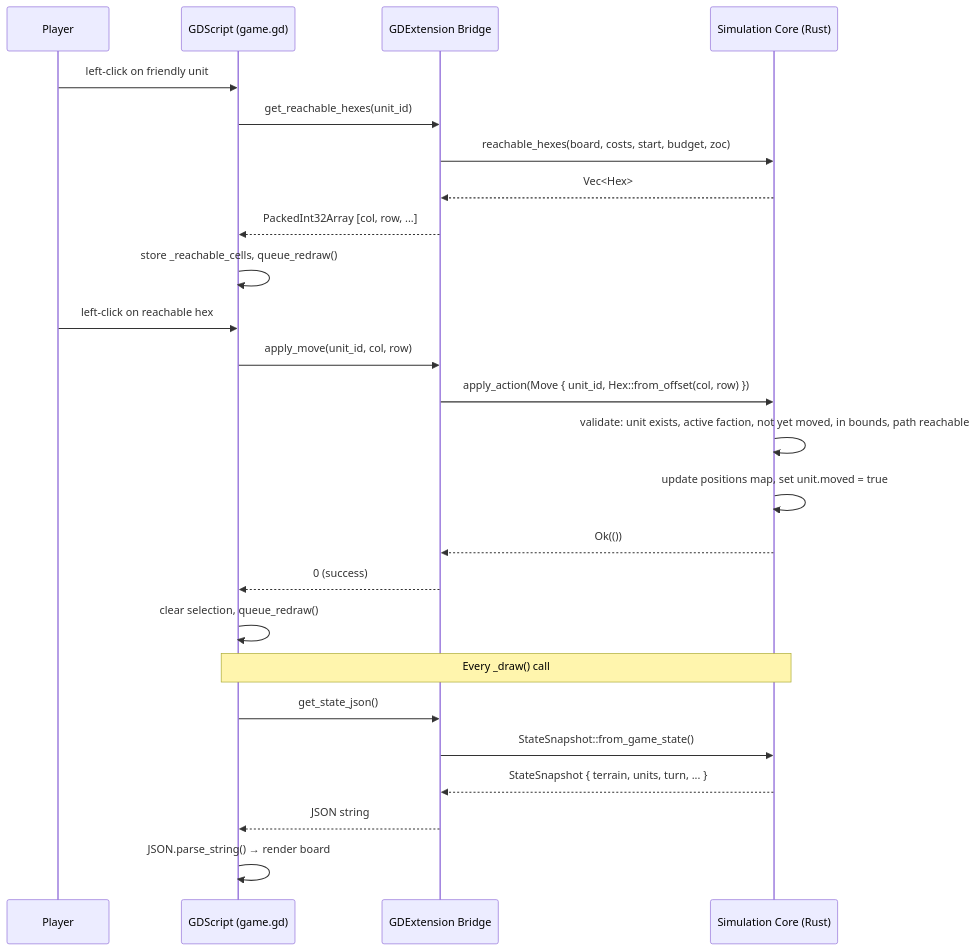
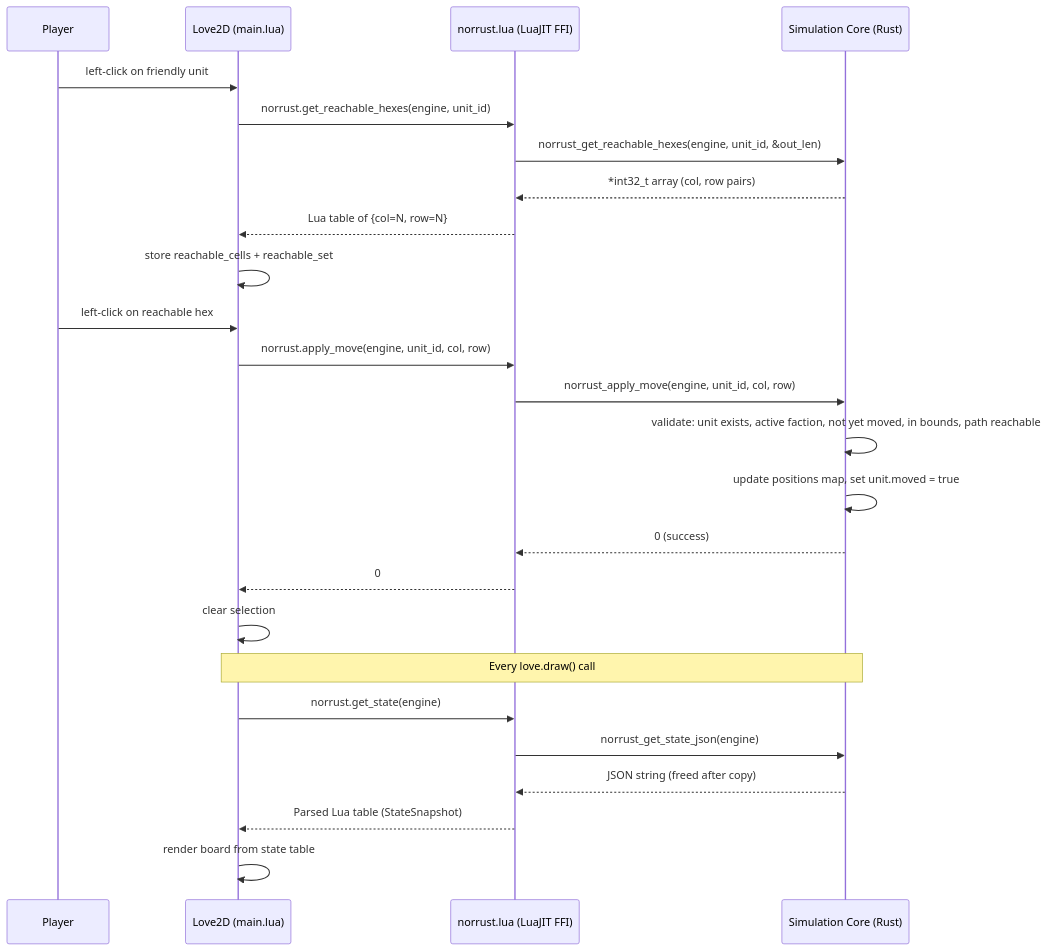
Before and after one commit to christophergutierrez/norrust: the second of 3 diagrams in docs/ARCHITECTURE.md, drawn with Mermaid. The commit also changed other lines of this file and 4 other files, not shown here.

````diff
--- a/docs/ARCHITECTURE.md
+++ b/docs/ARCHITECTURE.md
@@ -141,30 +148,30 @@
 ```mermaid
 sequenceDiagram
     participant P as Player
-    participant GD as GDScript (game.gd)
-    participant BR as GDExtension Bridge
+    participant LUA as Love2D (main.lua)
+    participant FFI as norrust.lua (LuaJIT FFI)
     participant CORE as Simulation Core (Rust)
 
-    P->>GD: left-click on friendly unit
-    GD->>BR: get_reachable_hexes(unit_id)
-    BR->>CORE: reachable_hexes(board, costs, start, budget, zoc)
-    CORE-->>BR: Vec<Hex>
-    BR-->>GD: PackedInt32Array [col, row, ...]
-    GD->>GD: store _reachable_cells, queue_redraw()
+    P->>LUA: left-click on friendly unit
+    LUA->>FFI: norrust.get_reachable_hexes(engine, unit_id)
+    FFI->>CORE: norrust_get_reachable_hexes(engine, unit_id, &out_len)
+    CORE-->>FFI: *int32_t array (col, row pairs)
+    FFI-->>LUA: Lua table of {col=N, row=N}
+    LUA->>LUA: store reachable_cells + reachable_set
 
-    P->>GD: left-click on reachable hex
-    GD->>BR: apply_move(unit_id, col, row)
-    BR->>CORE: apply_action(Move { unit_id, Hex::from_offset(col, row) })
+    P->>LUA: left-click on reachable hex
+    LUA->>FFI: norrust.apply_move(engine, unit_id, col, row)
+    FFI->>CORE: norrust_apply_move(engine, unit_id, col, row)
     CORE->>CORE: validate: unit exists, active faction, not yet moved, in bounds, path reachable
     CORE->>CORE: update positions map, set unit.moved = true
-    CORE-->>BR: Ok(())
-    BR-->>GD: 0 (success)
-    GD->>GD: clear selection, queue_redraw()
+    CORE-->>FFI: 0 (success)
+    FFI-->>LUA: 0
+    LUA->>LUA: clear selection
 
-    Note over GD,CORE: Every _draw() call
-    GD->>BR: get_state_json()
-    BR->>CORE: StateSnapshot::from_game_state()
-    CORE-->>BR: StateSnapshot { terrain, units, turn, ... }
-    BR-->>GD: JSON string
-    GD->>GD: JSON.parse_string() → render board
+    Note over LUA,CORE: Every love.draw() call
+    LUA->>FFI: norrust.get_state(engine)
+    FFI->>CORE: norrust_get_state_json(engine)
+    CORE-->>FFI: JSON string (freed after copy)
+    FFI-->>LUA: Parsed Lua table (StateSnapshot)
+    LUA->>LUA: render board from state table
 ```
````
